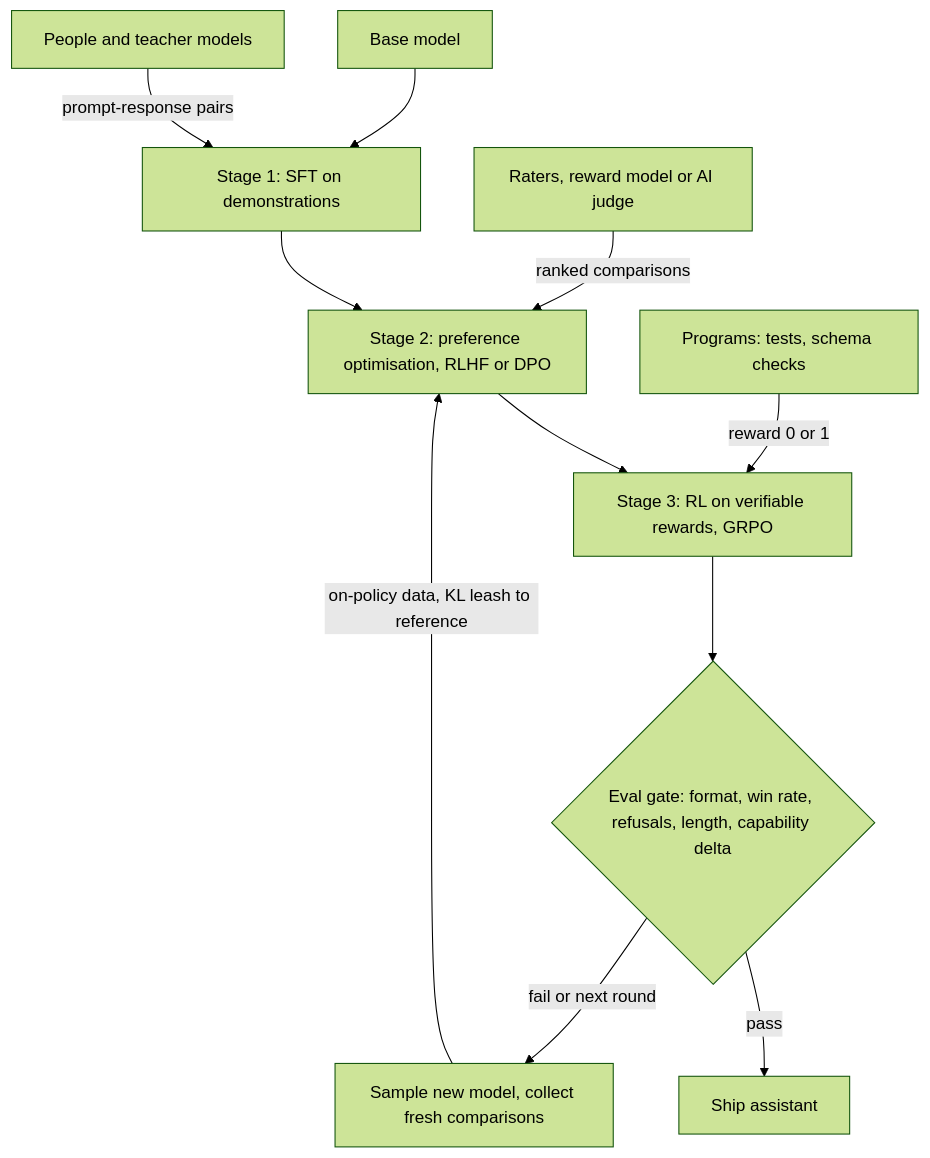
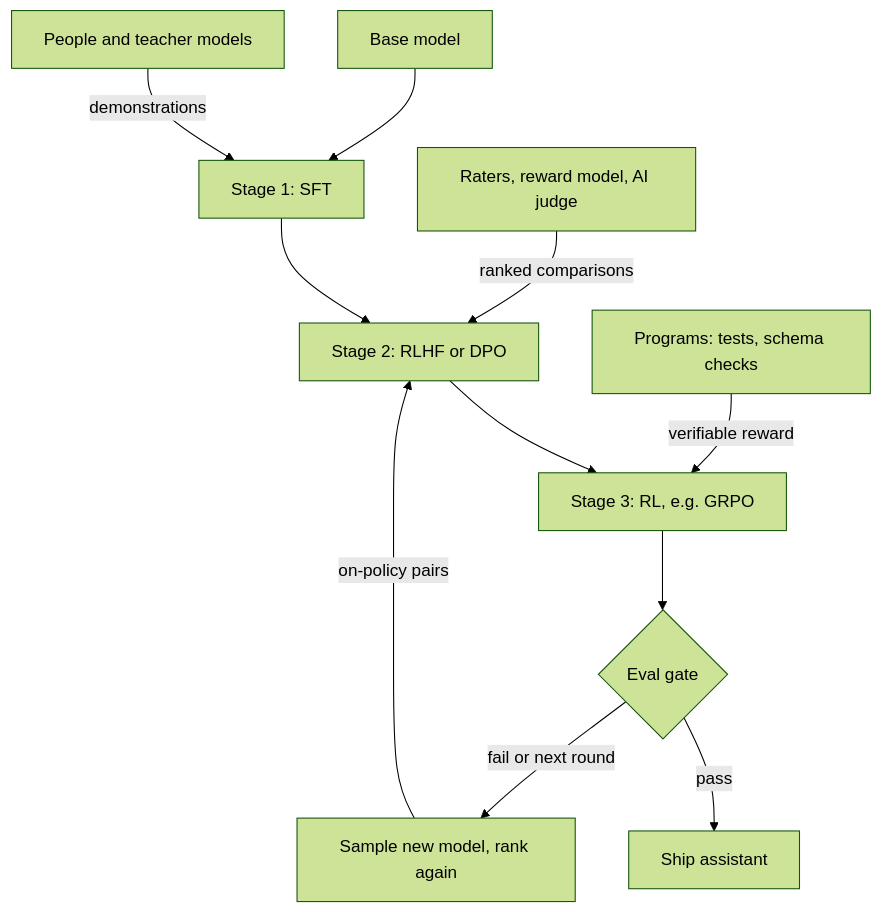
Before and after one commit to lovishmahajan97/agentic-learning: the diagram in content/training-adaptation/post-training.md, drawn with Mermaid (forest theme). The commit also changed other lines of this file and 278 other files, not shown here.

````diff
--- a/content/training-adaptation/post-training.md
+++ b/content/training-adaptation/post-training.md
@@ -128,13 +130,13 @@
 ```mermaid
 flowchart TD
-    B["Base model"] --> SFT["Stage 1: SFT on demonstrations"]
-    H["People and teacher models"] -->|"prompt-response pairs"| SFT
-    SFT --> PO["Stage 2: preference optimisation, RLHF or DPO"]
-    J["Raters, reward model or AI judge"] -->|"ranked comparisons"| PO
-    PO --> RL["Stage 3: RL on verifiable rewards, GRPO"]
-    V["Programs: tests, schema checks"] -->|"reward 0 or 1"| RL
-    RL --> G{"Eval gate: format, win rate, refusals, length, capability delta"}
+    B["Base model"] --> SFT["Stage 1: SFT"]
+    H["People and teacher models"] -->|"demonstrations"| SFT
+    SFT --> PO["Stage 2: RLHF or DPO"]
+    J["Raters, reward model, AI judge"] -->|"ranked comparisons"| PO
+    PO --> RL["Stage 3: RL, e.g. GRPO"]
+    V["Programs: tests, schema checks"] -->|"verifiable reward"| RL
+    RL --> G{"Eval gate"}
     G -->|"pass"| S["Ship assistant"]
-    G -->|"fail or next round"| N["Sample new model, collect fresh comparisons"]
-    N -->|"on-policy data, KL leash to reference"| PO
+    G -->|"fail or next round"| N["Sample new model, rank again"]
+    N -->|"on-policy pairs"| PO
 ```
````
